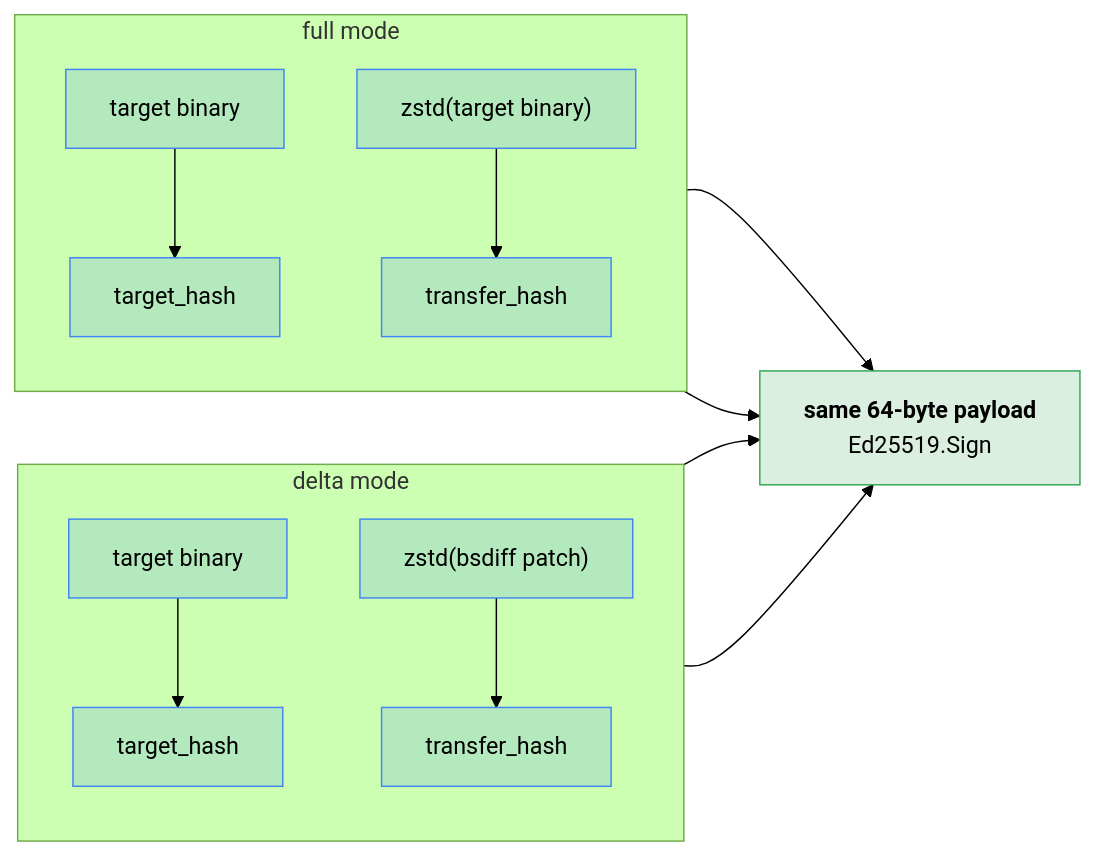
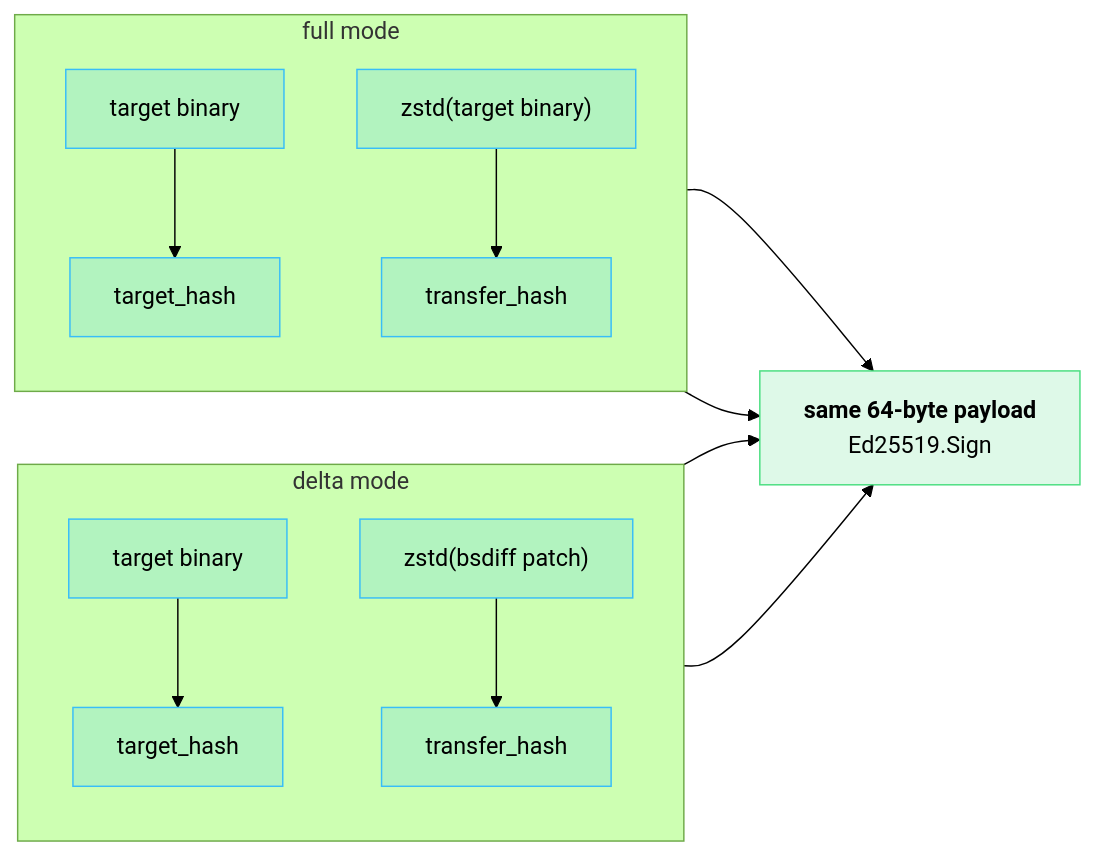
Before and after one commit to carlosprados/ota-updater: the first of 3 diagrams in site/content/protocol/signing.md, drawn with Mermaid (forest theme). The commit also changed 17 other files, not shown here.

````diff
--- a/site/content/protocol/signing.md
+++ b/site/content/protocol/signing.md
@@ -37,22 +37,22 @@
 ```mermaid
 flowchart LR
     subgraph DELTA["delta mode"]
         direction TB
         DT["target binary"] --> DTH["target_hash"]
         DP["zstd(bsdiff patch)"] --> DPH["transfer_hash"]
     end
 
     subgraph FULL["full mode"]
         direction TB
         FT["target binary"] --> FTH["target_hash"]
         FP["zstd(target binary)"] --> FPH["transfer_hash"]
     end
 
     DTH & DPH --> SIG["<b>same 64-byte payload</b><br/>Ed25519.Sign"]
     FTH & FPH --> SIG
 
-    classDef mode fill:#4285f42e,stroke:#4285f4
-    classDef sig fill:#34a8532e,stroke:#34a853
+    classDef mode fill:#38bdf82e,stroke:#38bdf8
+    classDef sig fill:#4ade802e,stroke:#4ade80
     class DT,DTH,DP,DPH,FT,FTH,FP,FPH mode
     class SIG sig
 ```
````
